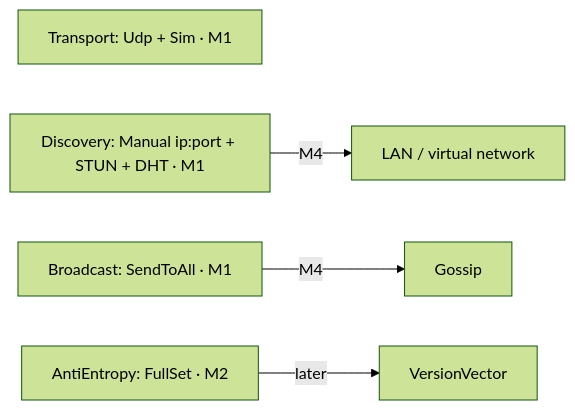
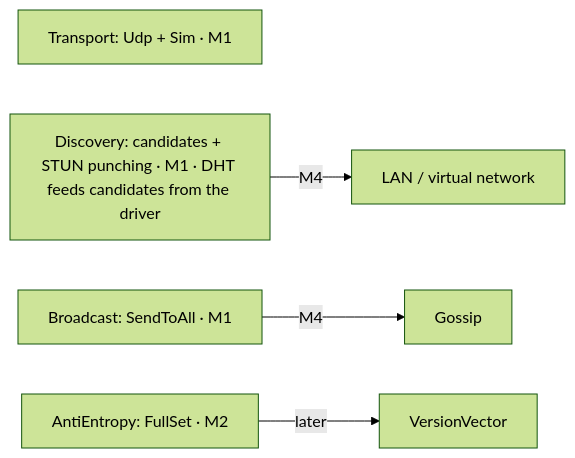
The third of 4 diagrams in docs/architecture.md (Student-Team-Projects/Most-Overkilled-Whiteboard-for-ArchLinux), drawn with Mermaid (forest theme) before and after one commit. The commit also changed other lines of this file and 5 other files, not shown here.

````diff
--- a/docs/architecture.md
+++ b/docs/architecture.md
@@ -54,7 +54,7 @@
 ```mermaid
 flowchart LR
     tr["Transport: Udp + Sim · M1"]
-    di0["Discovery: Manual ip:port + STUN + DHT · M1"] -->|M4| di1["LAN / virtual network"]
+    di0["Discovery: candidates + STUN punching · M1 · DHT feeds candidates from the driver"] -->|M4| di1["LAN / virtual network"]
     br0["Broadcast: SendToAll · M1"] -->|M4| br1["Gossip"]
     ae0["AntiEntropy: FullSet · M2"] -->|later| ae1["VersionVector"]
 ```
````
